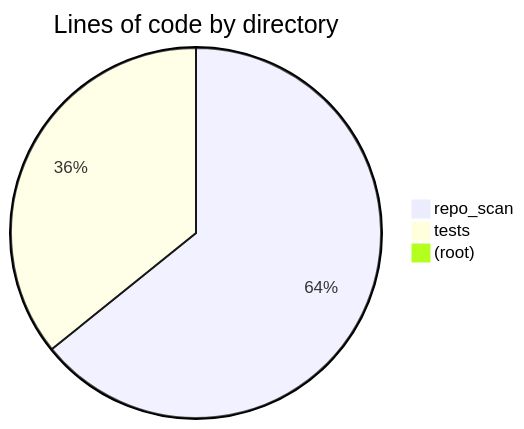
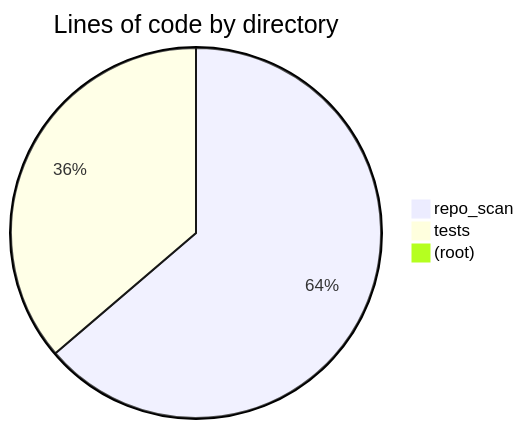
The first of 2 diagrams in docs/reports/health.md (hhleroy97/repo-scan), drawn with Mermaid before and after one commit. The commit also changed other lines of this file and 39 other files, not shown here.

````diff
--- a/docs/reports/health.md
+++ b/docs/reports/health.md
@@ -6,6 +6,6 @@
 ```mermaid
 pie title Lines of code by directory
-    "repo_scan" : 6651
-    "tests" : 3708
+    "repo_scan" : 7742
+    "tests" : 4405
     "(root)" : 16
 ```
````
